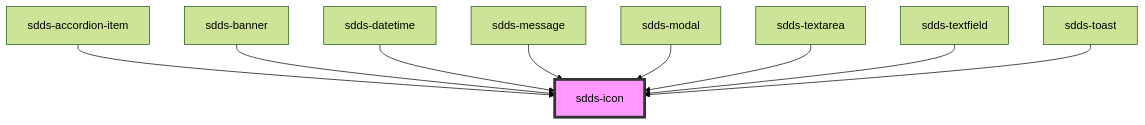
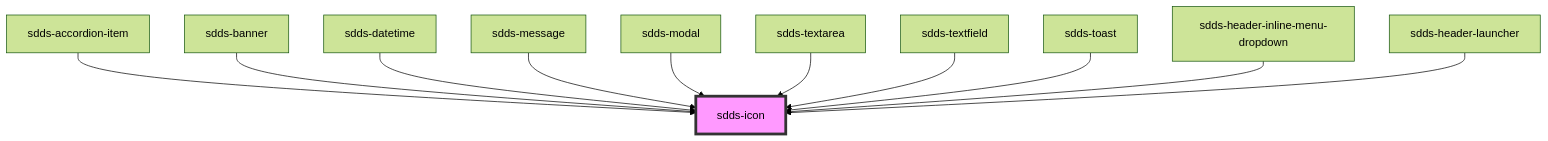
Before and after one commit to scania-digital-design-system/sdds: the diagram in tegel/src/components/icon/readme.md, drawn with Mermaid (forest theme). The commit also changed other lines of this file and 26 other files, not shown here.

````diff
--- a/tegel/src/components/icon/readme.md
+++ b/tegel/src/components/icon/readme.md
@@ -30,12 +32,14 @@
 ```mermaid
 graph TD;
   sdds-accordion-item --> sdds-icon
   sdds-banner --> sdds-icon
   sdds-datetime --> sdds-icon
   sdds-message --> sdds-icon
   sdds-modal --> sdds-icon
   sdds-textarea --> sdds-icon
   sdds-textfield --> sdds-icon
   sdds-toast --> sdds-icon
+  sdds-header-inline-menu-dropdown --> sdds-icon
+  sdds-header-launcher --> sdds-icon
   style sdds-icon fill:#f9f,stroke:#333,stroke-width:4px
 ```
````
